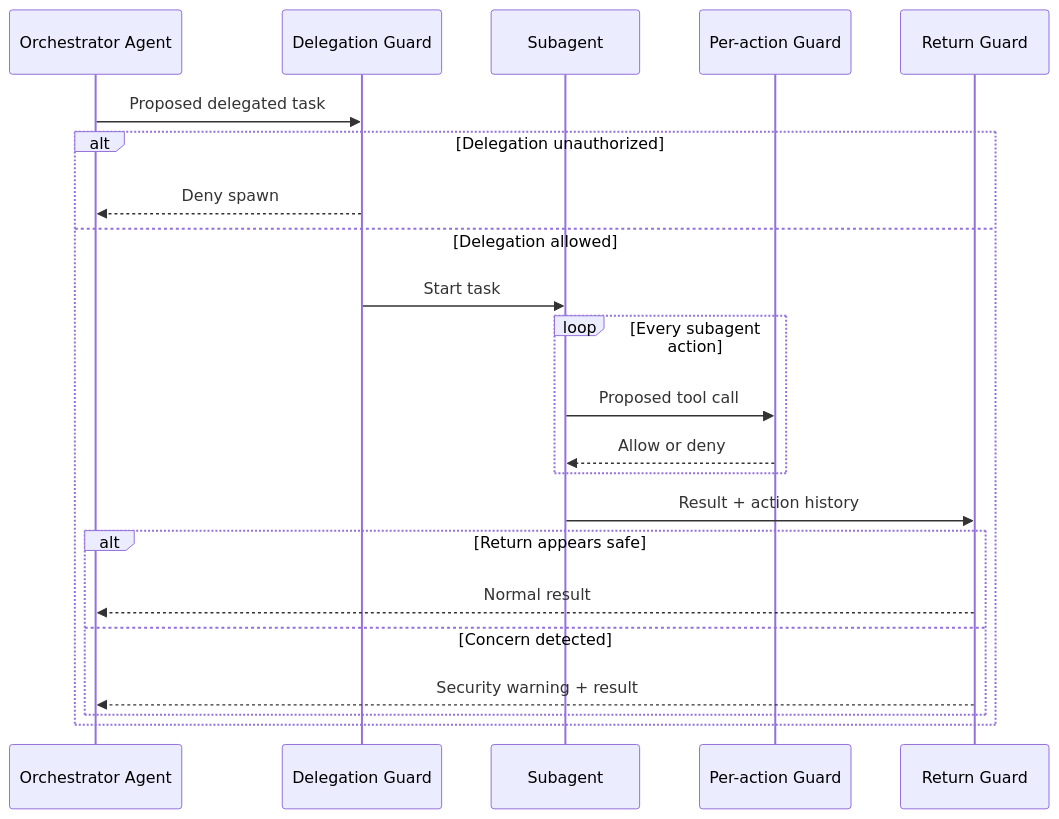
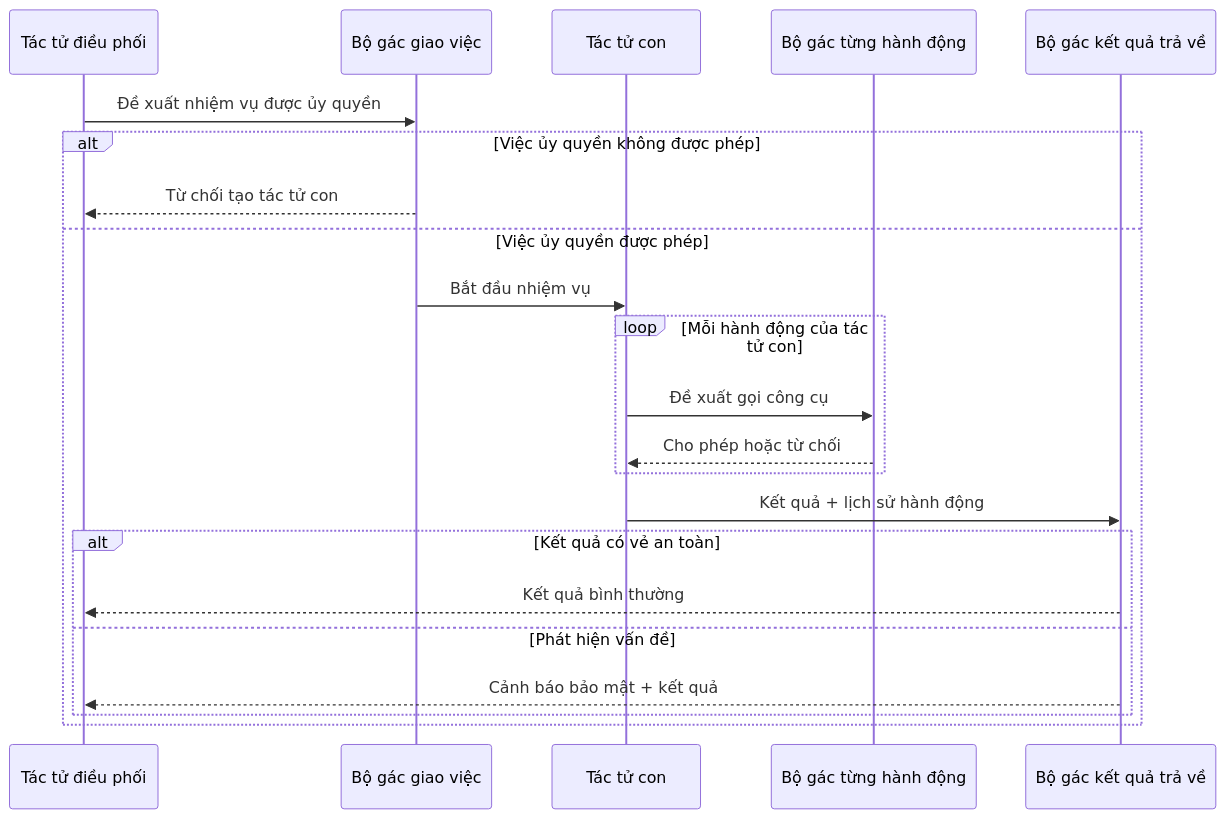
One commit to TriNguyen1208/Software_Architecture changed the third of 6 diagrams in claude_code/claude-code-auto-mode.md. Above: the diagram before and after it, drawn with Mermaid. The commit also changed other lines of this file, not shown here.

Commit message:
docs: Change language of diagram to vietnameseD

````diff
--- a/claude_code/claude-code-auto-mode.md
+++ b/claude_code/claude-code-auto-mode.md
@@ -322,25 +324,25 @@
 ```mermaid
 sequenceDiagram
-    participant O as Orchestrator Agent
-    participant G1 as Delegation Guard
-    participant S as Subagent
-    participant AG as Per-action Guard
-    participant G2 as Return Guard
+    participant O as Tác tử điều phối
+    participant G1 as Bộ gác giao việc
+    participant S as Tác tử con
+    participant AG as Bộ gác từng hành động
+    participant G2 as Bộ gác kết quả trả về
 
-    O->>G1: Proposed delegated task
-    alt Delegation unauthorized
-        G1-->>O: Deny spawn
-    else Delegation allowed
-        G1->>S: Start task
-        loop Every subagent action
-            S->>AG: Proposed tool call
-            AG-->>S: Allow or deny
+    O->>G1: Đề xuất nhiệm vụ được ủy quyền
+    alt Việc ủy quyền không được phép
+        G1-->>O: Từ chối tạo tác tử con
+    else Việc ủy quyền được phép
+        G1->>S: Bắt đầu nhiệm vụ
+        loop Mỗi hành động của tác tử con
+            S->>AG: Đề xuất gọi công cụ
+            AG-->>S: Cho phép hoặc từ chối
         end
-        S->>G2: Result + action history
-        alt Return appears safe
-            G2-->>O: Normal result
-        else Concern detected
-            G2-->>O: Security warning + result
+        S->>G2: Kết quả + lịch sử hành động
+        alt Kết quả có vẻ an toàn
+            G2-->>O: Kết quả bình thường
+        else Phát hiện vấn đề
+            G2-->>O: Cảnh báo bảo mật + kết quả
         end
     end
 ```
````
